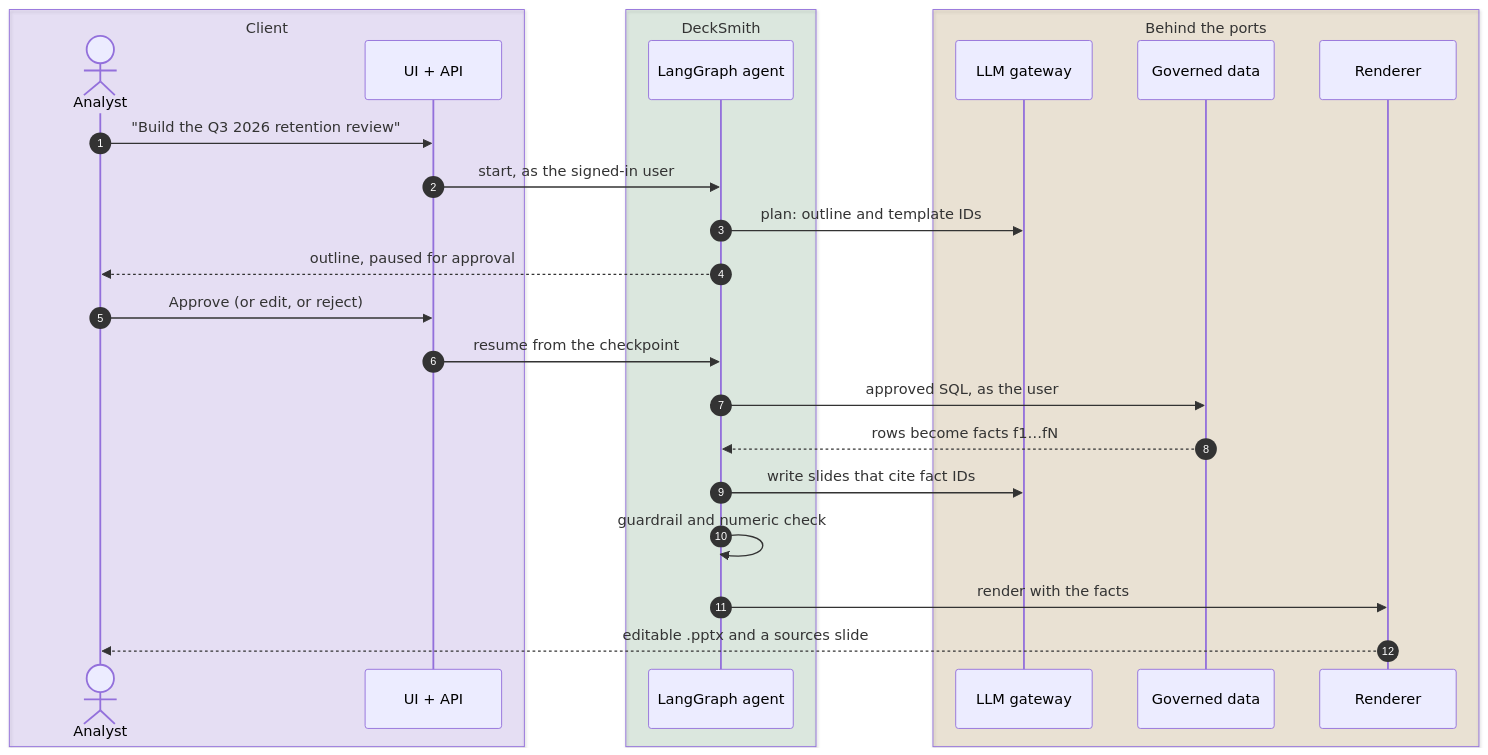
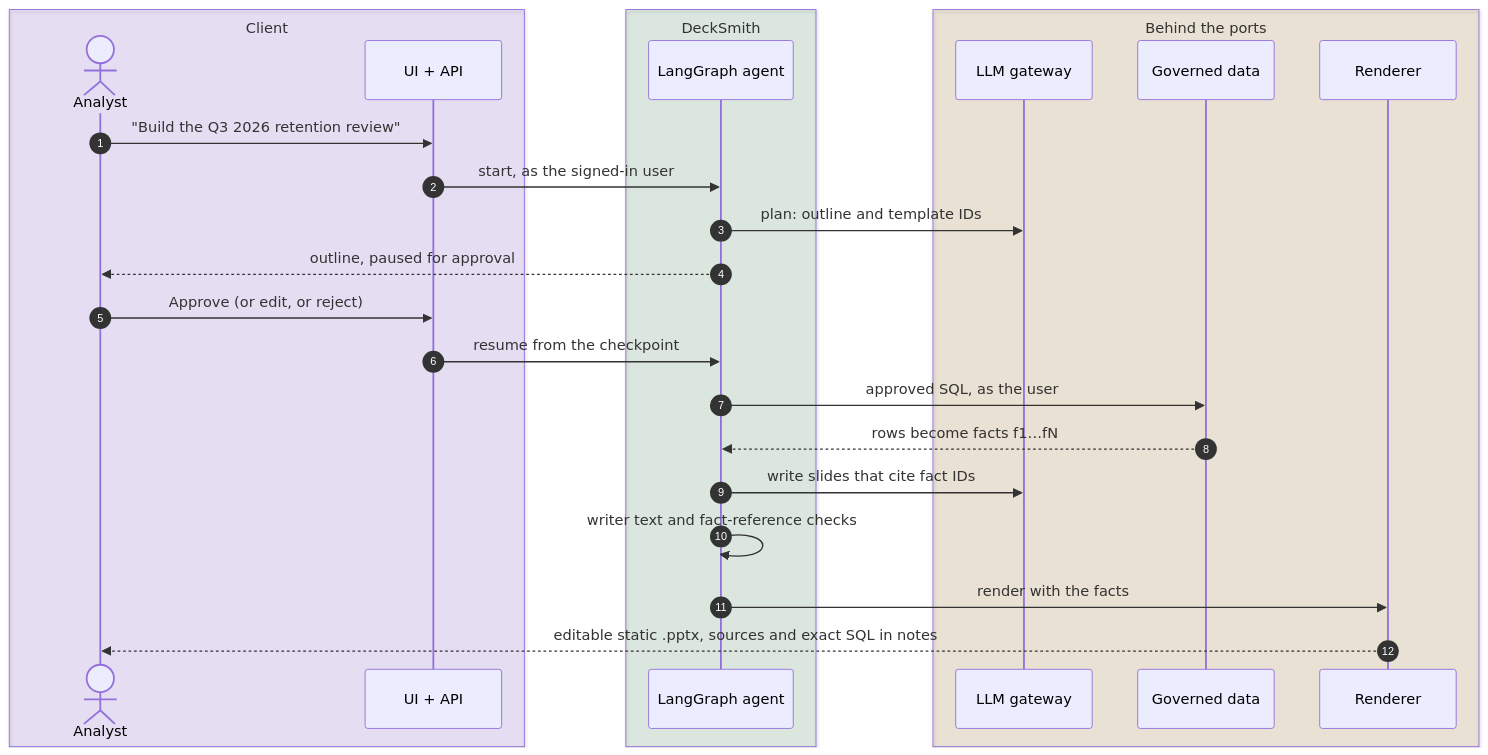
Before and after one commit to santoshshinde2012/deck-smith-local: the diagram in docs/diagrams/request-to-deck.mmd, drawn with Mermaid. The commit also changed 30 other files, not shown here.

```diff
--- a/docs/diagrams/request-to-deck.mmd
+++ b/docs/diagrams/request-to-deck.mmd
@@ -1,28 +1,28 @@
 %% diagram: request-to-deck
 %% caption: Request to deck, compact. The full version with every port call is in ARCHITECTURE.md.
 sequenceDiagram
   autonumber
   box rgba(130,80,223,0.14) Client
     actor U as Analyst
     participant UI as UI + API
   end
   box rgba(26,127,55,0.12) DeckSmith
     participant G as LangGraph agent
   end
   box rgba(154,103,0,0.14) Behind the ports
     participant L as LLM gateway
     participant D as Governed data
     participant R as Renderer
   end
   U->>UI: "Build the Q3 2026 retention review"
   UI->>G: start, as the signed-in user
   G->>L: plan: outline and template IDs
   G-->>U: outline, paused for approval
   U->>UI: Approve (or edit, or reject)
   UI->>G: resume from the checkpoint
   G->>D: approved SQL, as the user
   D-->>G: rows become facts f1…fN
   G->>L: write slides that cite fact IDs
-  G->>G: guardrail and numeric check
+  G->>G: writer text and fact-reference checks
   G->>R: render with the facts
-  R-->>U: editable .pptx and a sources slide
+  R-->>U: editable static .pptx, sources and exact SQL in notes
```
